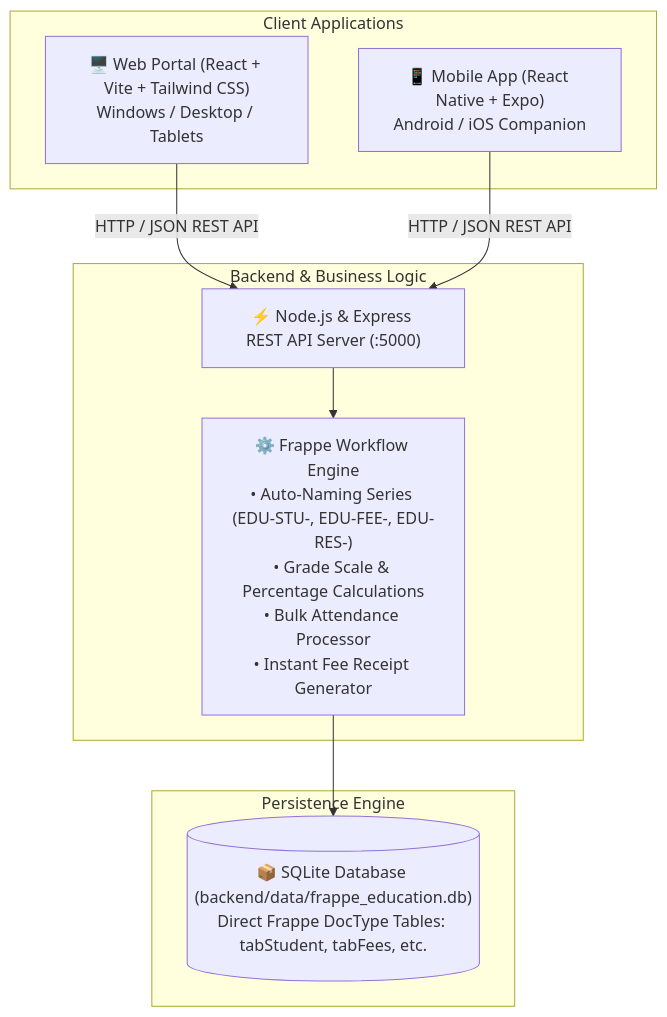
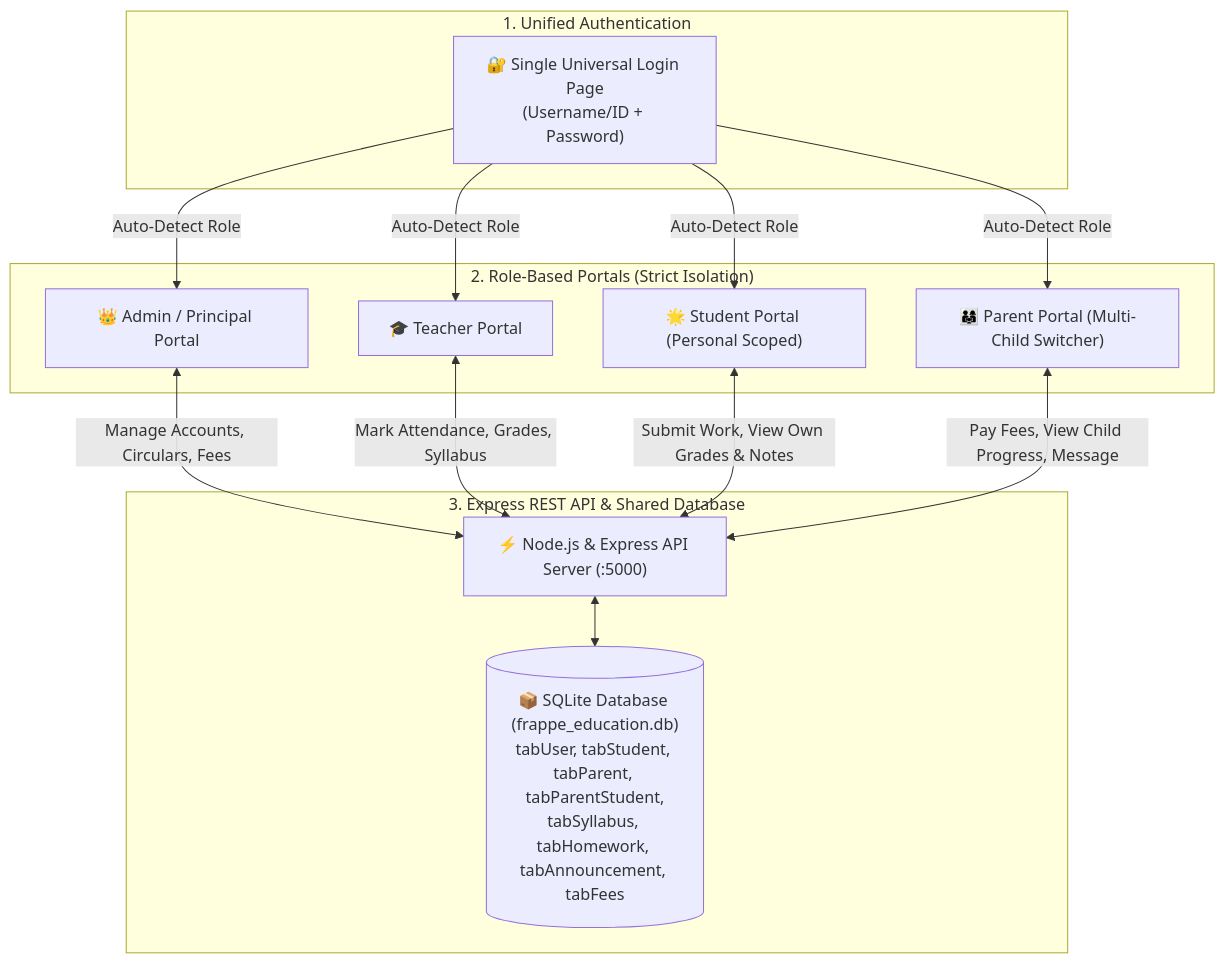
One commit to quicktech-spec/nairee-school-erp changed the diagram in README.md. Above: the diagram before and after it, drawn with Mermaid. The commit also changed other lines of this file and 12 other files, not shown here.

Commit message:
feat: complete role-based school management system with single universal login and 4 dedicated portals

````diff
--- a/README.md
+++ b/README.md
@@ -9,21 +34,30 @@
 ```mermaid
 graph TD
-    subgraph Clients ["Client Applications"]
-        Web["🖥️ Web Portal (React + Vite + Tailwind CSS)<br/>Windows / Desktop / Tablets"]
-        Mobile["📱 Mobile App (React Native + Expo)<br/>Android / iOS Companion"]
+    subgraph SingleEntry ["1. Unified Authentication"]
+        Login["🔐 Single Universal Login Page<br/>(Username/ID + Password)"]
     end
 
-    subgraph ServerLayer ["Backend & Business Logic"]
-        API["⚡ Node.js & Express REST API Server (:5000)"]
-        Workflow["⚙️ Frappe Workflow Engine<br/>• Auto-Naming Series (EDU-STU-, EDU-FEE-, EDU-RES-)<br/>• Grade Scale & Percentage Calculations<br/>• Bulk Attendance Processor<br/>• Instant Fee Receipt Generator"]
+    subgraph Portals ["2. Role-Based Portals (Strict Isolation)"]
+        Admin["👑 Admin / Principal Portal"]
+        Teacher["🎓 Teacher Portal"]
+        Student["🌟 Student Portal (Personal Scoped)"]
+        Parent["👨‍👩‍👧 Parent Portal (Multi-Child Switcher)"]
     end
 
-    subgraph DatabaseLayer ["Persistence Engine"]
-        DB[("📦 SQLite Database (backend/data/frappe_education.db)<br/>Direct Frappe DocType Tables: tabStudent, tabFees, etc.")]
+    subgraph BackendEngine ["3. Express REST API & Shared Database"]
+        API["⚡ Node.js & Express API Server (:5000)"]
+        DB[("📦 SQLite Database (frappe_education.db)<br/>tabUser, tabStudent, tabParent, tabParentStudent,<br/>tabSyllabus, tabHomework, tabAnnouncement, tabFees")]
     end
 
-    Web -->|HTTP / JSON REST API| API
-    Mobile -->|HTTP / JSON REST API| API
-    API --> Workflow
-    Workflow --> DB
+    Login -->|Auto-Detect Role| Admin
+    Login -->|Auto-Detect Role| Teacher
+    Login -->|Auto-Detect Role| Student
+    Login -->|Auto-Detect Role| Parent
+
+    Admin <-->|Manage Accounts, Circulars, Fees| API
+    Teacher <-->|Mark Attendance, Grades, Syllabus| API
+    Student <-->|Submit Work, View Own Grades & Notes| API
+    Parent <-->|Pay Fees, View Child Progress, Message| API
+
+    API <--> DB
 ```
````
